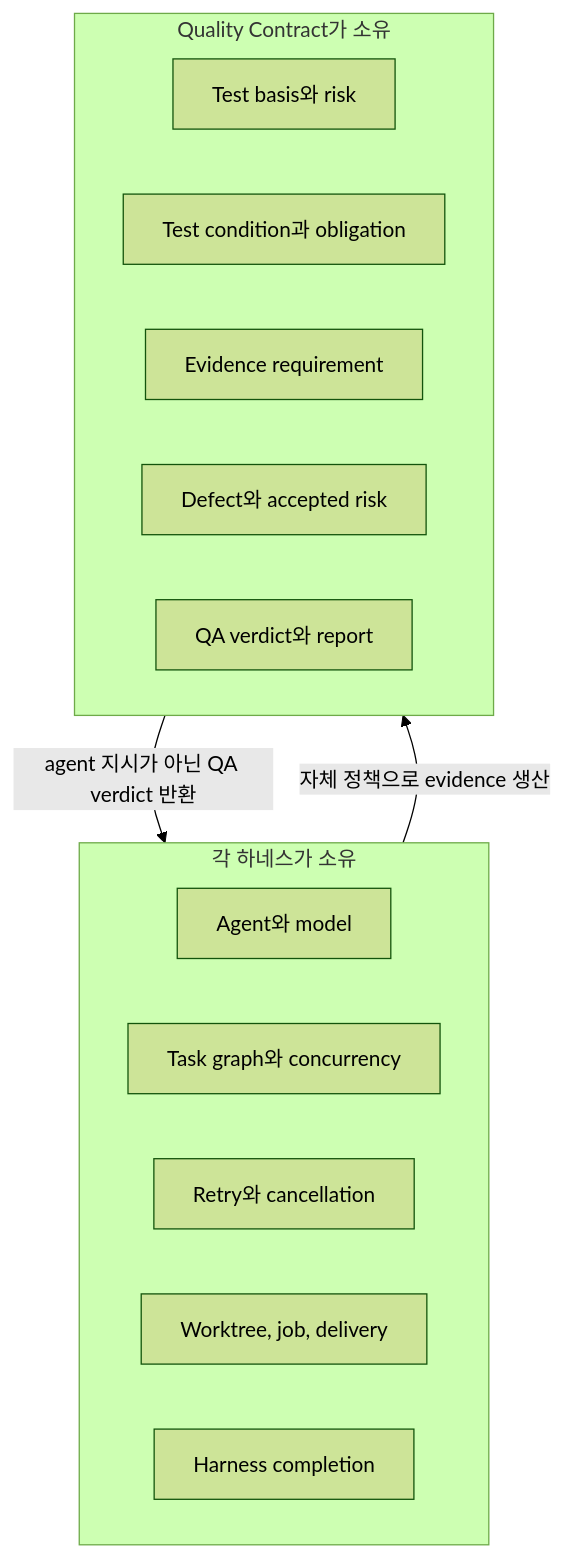
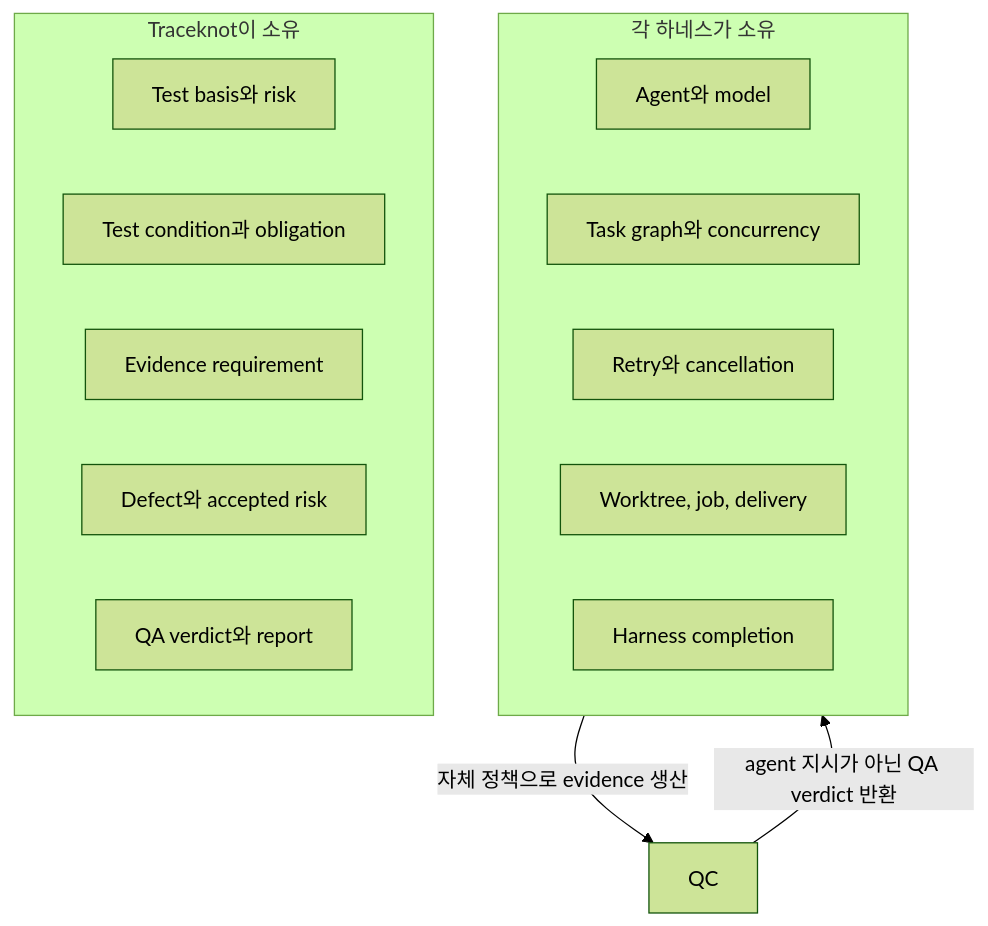
The second of 3 diagrams in README.ko.md (Jin-Doh/traceknot), drawn with Mermaid (forest theme) before and after one commit. The commit also changed other lines of this file and 12 other files, not shown here.

````diff
--- a/README.ko.md
+++ b/README.ko.md
@@ -67,21 +67,21 @@
 ```mermaid
 flowchart TB
     subgraph Harness[각 하네스가 소유]
       HA[Agent와 model]
       HT[Task graph와 concurrency]
       HR[Retry와 cancellation]
       HW[Worktree, job, delivery]
       HC[Harness completion]
     end
 
-    subgraph QC[Quality Contract가 소유]
+    subgraph TK[Traceknot이 소유]
       QB[Test basis와 risk]
       QP[Test condition과 obligation]
       QE[Evidence requirement]
       QD[Defect와 accepted risk]
       QV[QA verdict와 report]
     end
 
     Harness -->|자체 정책으로 evidence 생산| QC
     QC -->|agent 지시가 아닌 QA verdict 반환| Harness
 ```
````
